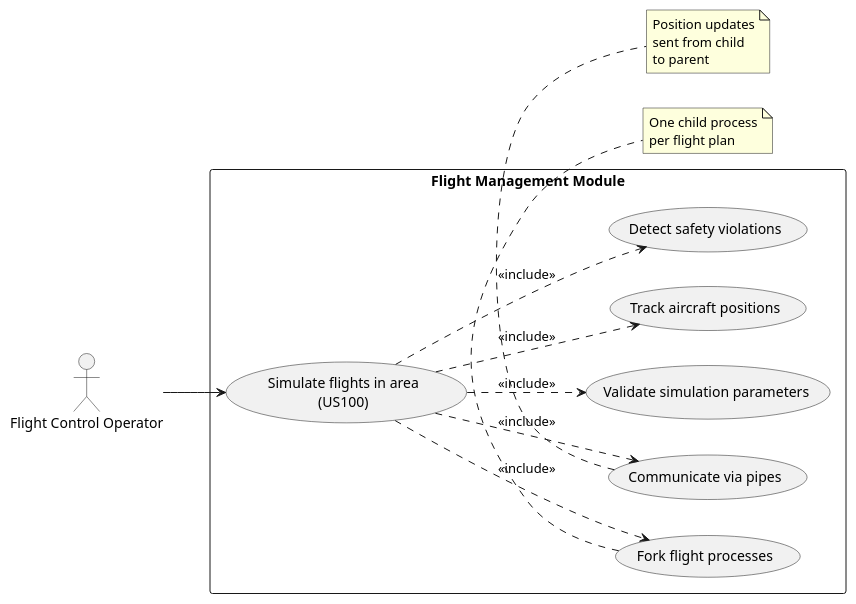
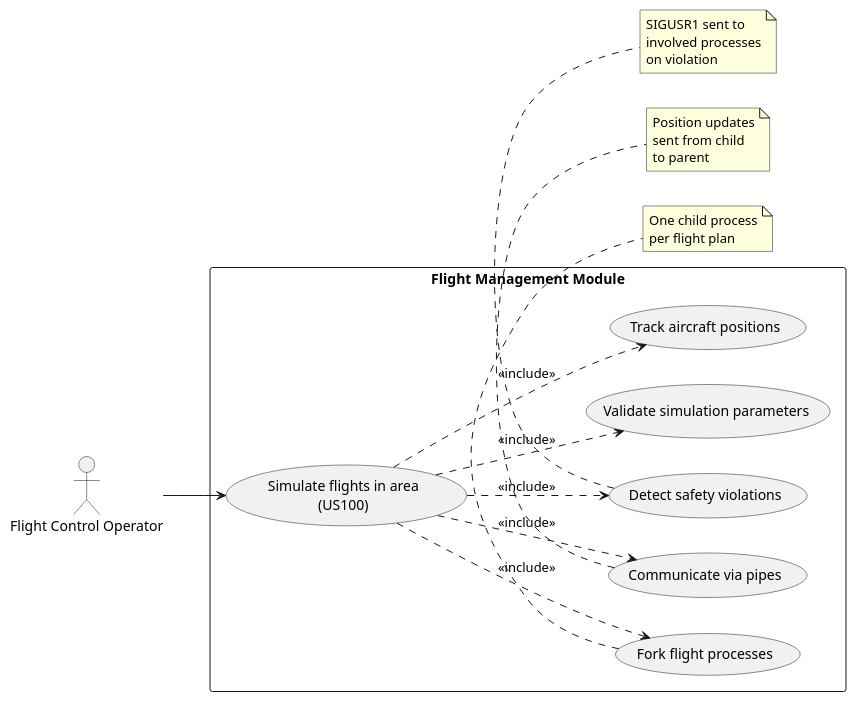
One commit to DuartePinto1240/sem4pi2526-sem4pi2526_2da2 changed the first of 4 diagrams in docs/Sprint 2/SCOMP/US100/US0100.md. Above: the diagram before and after it, drawn with PlantUML. The commit also changed other lines of this file and 2 other files, not shown here.

Commit message:
US100 md, class diagram and sequence diagram #96

````diff
--- a/docs/Sprint 2/SCOMP/US100/US0100.md
+++ b/docs/Sprint 2/SCOMP/US100/US0100.md
@@ -110,34 +110,40 @@
 ```plantuml
 @startuml US100-use-case-diagram
 left to right direction
 
 actor "Flight Control Operator" as FCO
 
 rectangle "Flight Management Module" {
     usecase "Simulate flights in area\n(US100)" as UC100
     usecase "Validate simulation parameters" as UC_Validate
     usecase "Fork flight processes" as UC_Fork
     usecase "Communicate via pipes" as UC_Pipes
     usecase "Track aircraft positions" as UC_Track
     usecase "Detect safety violations" as UC_Detect
 }
 
 FCO --> UC100
 UC100 ..> UC_Validate : <<include>>
 UC100 ..> UC_Fork     : <<include>>
 UC100 ..> UC_Pipes    : <<include>>
 UC100 ..> UC_Track    : <<include>>
 UC100 ..> UC_Detect   : <<include>>
 
 note bottom of UC_Fork
   One child process
   per flight plan
 end note
 
 note bottom of UC_Pipes
   Position updates
   sent from child
   to parent
 end note
+
+note bottom of UC_Detect
+  SIGUSR1 sent to
+  involved processes
+  on violation
+end note
 @enduml
 ```
````
